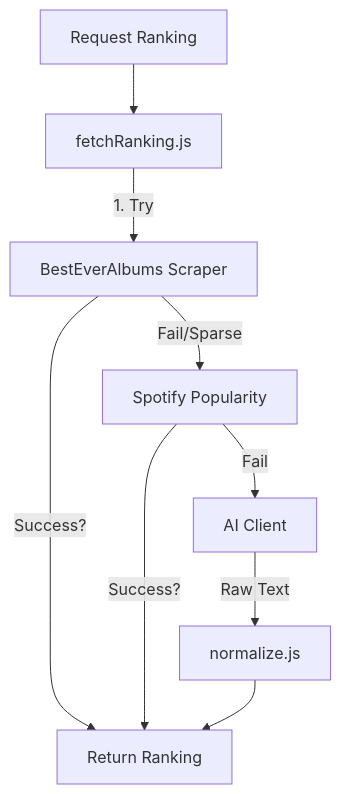
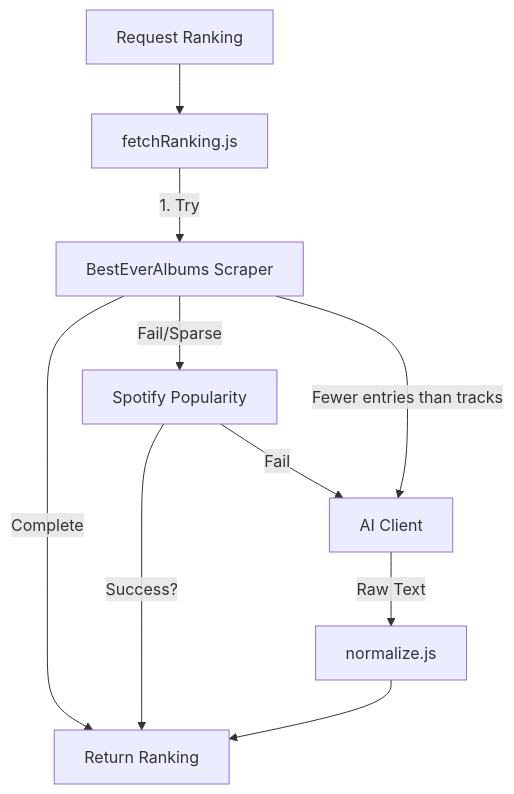
One commit to maujrp99/MJRP_AlbumsBalancedPlaylists_v0 changed the first of 4 diagrams in docs/manual/04_Backend_Logic_Services.md. Above: the diagram before and after it, drawn with Mermaid. The commit also changed other lines of this file and 22 other files, not shown here.

````diff
--- a/docs/manual/04_Backend_Logic_Services.md
+++ b/docs/manual/04_Backend_Logic_Services.md
@@ -48,11 +51,12 @@
 ```mermaid
 graph TD
     Req[Request Ranking] --> Orch[fetchRanking.js]
     Orch -->|1. Try| BEA[BestEverAlbums Scraper]
-    BEA -->|Success?| Ret[Return Ranking]
+    BEA -->|Complete| Ret[Return Ranking]
     BEA -->|Fail/Sparse| SP[Spotify Popularity]
+    BEA -->|Fewer entries than tracks| AI
     SP -->|Success?| Ret
     SP -->|Fail| AI[AI Client]
     AI -->|Raw Text| Norm[normalize.js]
     Norm --> Ret
 ```
````
